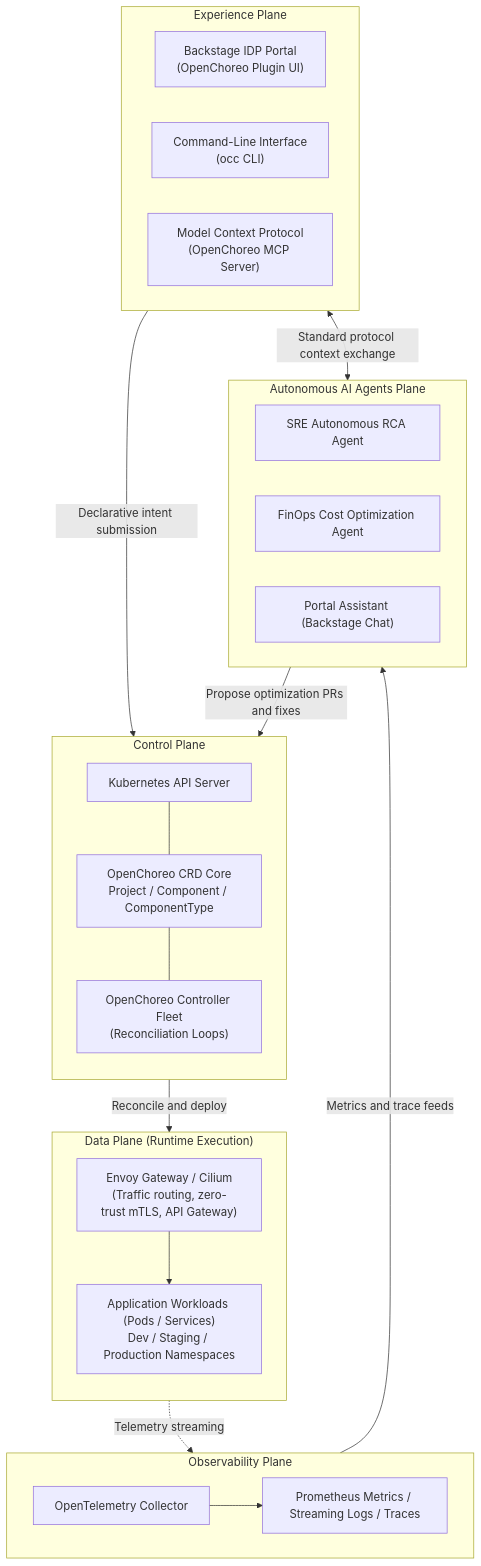
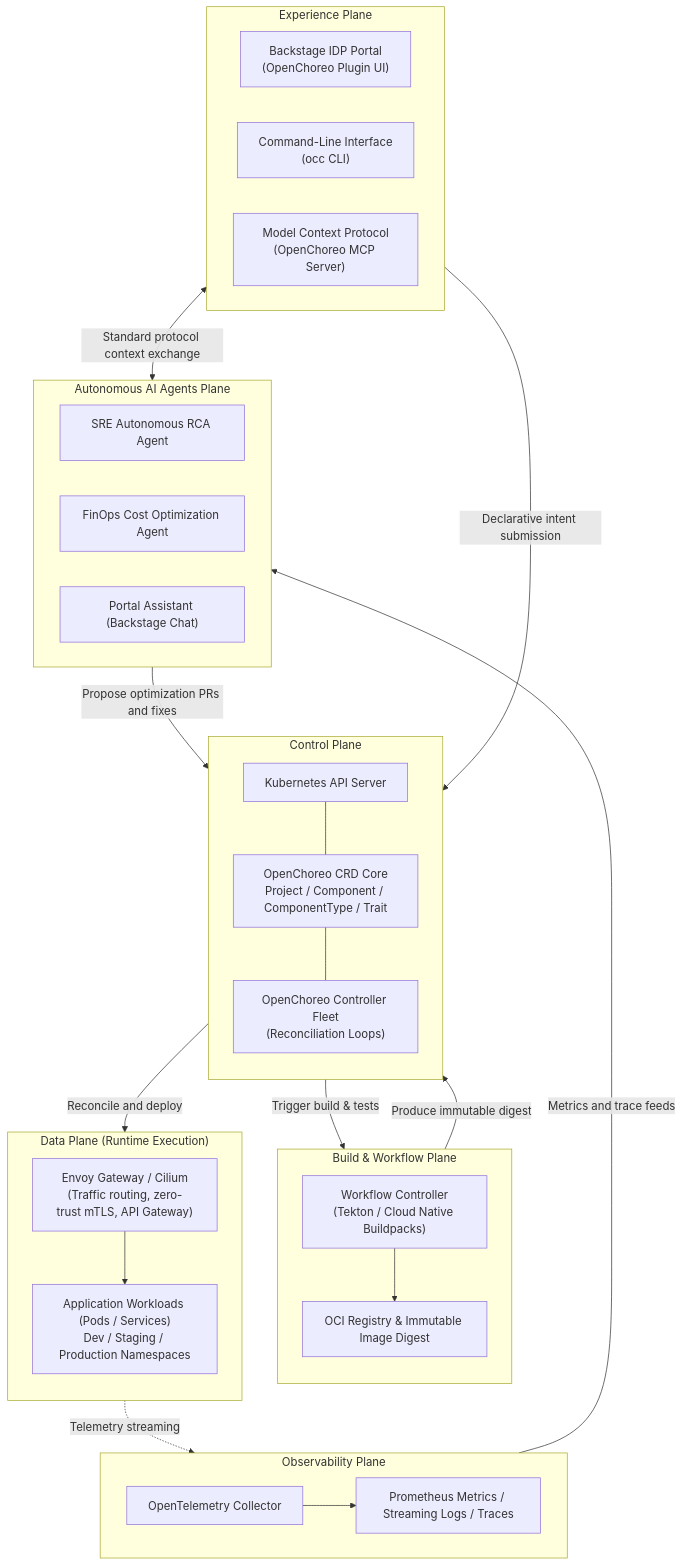
Before and after one commit to tedmax100/agentic-ai-for-pe: the second of 9 diagrams in ch12.md, drawn with Mermaid. The commit also changed other lines of this file and 1 other file, not shown here.

Commit message:
docs(ch12): expand OpenChoreo multi-plane architecture, CRD taxonomy, CBA and ecosystem comparison

````diff
--- a/ch12.md
+++ b/ch12.md
@@ -68,44 +68,53 @@
 ```mermaid
 flowchart TD
     subgraph ExperiencePlane["Experience Plane"]
         direction LR
         BackstagePortal["Backstage IDP Portal<br/>(OpenChoreo Plugin UI)"]
         OccCLI["Command-Line Interface<br/>(occ CLI)"]
         MCPServers["Model Context Protocol<br/>(OpenChoreo MCP Server)"]
     end
 
     subgraph ControlPlane["Control Plane"]
         direction TB
         APIServer["Kubernetes API Server"]
-        CRDRegistry["OpenChoreo CRD Core<br/>Project / Component / ComponentType"]
+        CRDRegistry["OpenChoreo CRD Core<br/>Project / Component / ComponentType / Trait"]
         Controllers["OpenChoreo Controller Fleet<br/>(Reconciliation Loops)"]
         APIServer --- CRDRegistry --- Controllers
+    end
+
+    subgraph WorkflowPlane["Build & Workflow Plane"]
+        direction TB
+        WorkflowEngine["Workflow Controller<br/>(Tekton / Cloud Native Buildpacks)"]
+        Artifacts["OCI Registry & Immutable Image Digest"]
+        WorkflowEngine --> Artifacts
     end
 
     subgraph DataPlane["Data Plane (Runtime Execution)"]
         direction TB
         EnvoyGW["Envoy Gateway / Cilium<br/>(Traffic routing, zero-trust mTLS, API Gateway)"]
         Workloads["Application Workloads (Pods / Services)<br/>Dev / Staging / Production Namespaces"]
         EnvoyGW --> Workloads
     end
 
     subgraph ObservabilityPlane["Observability Plane"]
         OTel["OpenTelemetry Collector"]
         MetricsLogs["Prometheus Metrics / Streaming Logs / Traces"]
         OTel --> MetricsLogs
     end
 
     subgraph AgenticPlane["Autonomous AI Agents Plane"]
         SREAgent["SRE Autonomous RCA Agent"]
         FinOpsAgent["FinOps Cost Optimization Agent"]
         PortalAI["Portal Assistant (Backstage Chat)"]
     end
 
     ExperiencePlane -->|Declarative intent submission| ControlPlane
+    ControlPlane -->|Trigger build & tests| WorkflowPlane
+    WorkflowPlane -->|Produce immutable digest| ControlPlane
     ControlPlane -->|Reconcile and deploy| DataPlane
     DataPlane -.->|Telemetry streaming| ObservabilityPlane
 
     ObservabilityPlane -->|Metrics and trace feeds| AgenticPlane
     MCPServers <-->|Standard protocol context exchange| AgenticPlane
     AgenticPlane -->|Propose optimization PRs and fixes| ControlPlane
 ```
````
